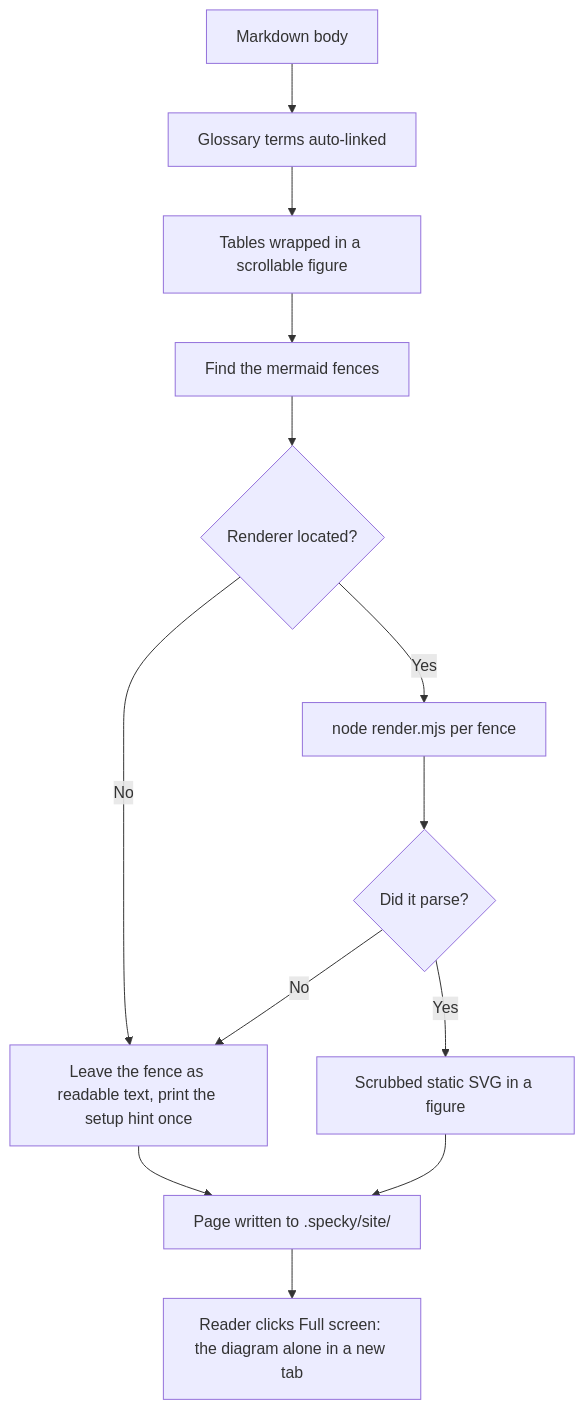
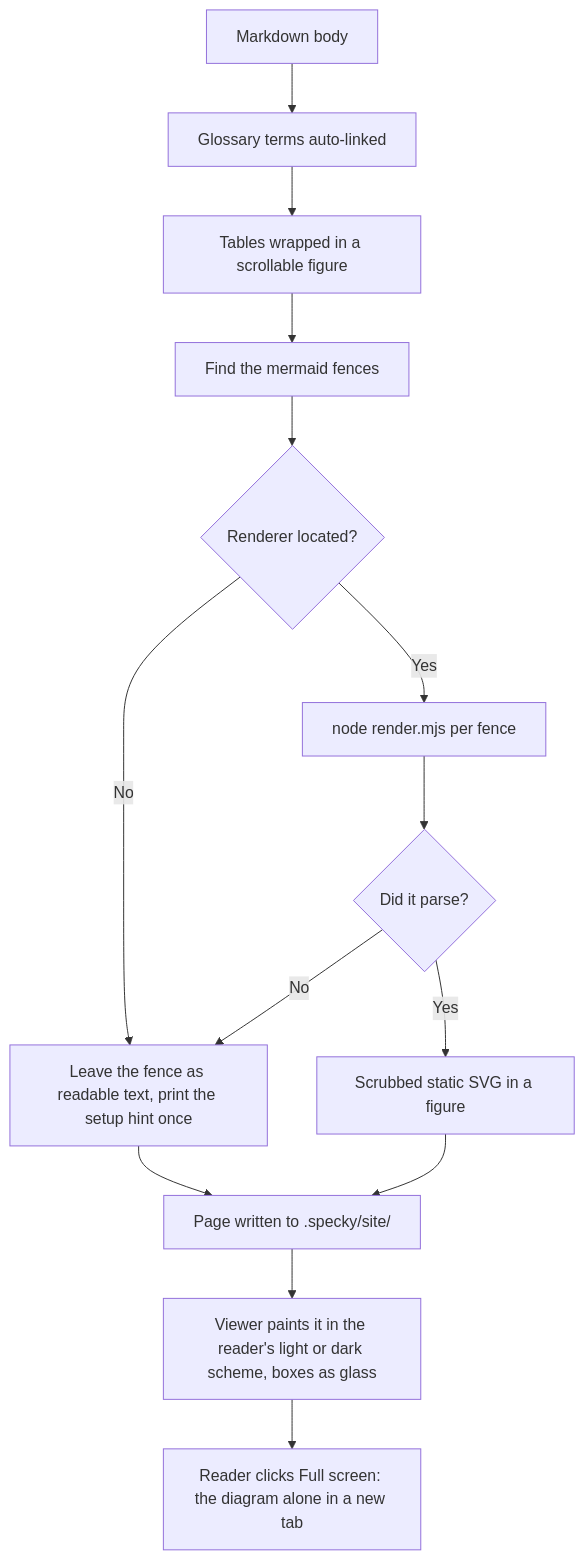
The diagram in specs/rendering/diagram-support.md (danyyacoub/specky), drawn with Mermaid before and after one commit. The commit also changed other lines of this file and 14 other files, not shown here.

First line of the commit message:
feat(rendering): draw diagrams as glass in the reader's light or dark scheme

````diff
--- a/specs/rendering/diagram-support.md
+++ b/specs/rendering/diagram-support.md
@@ -22,15 +23,16 @@
 ```mermaid
 flowchart TD
     A[Markdown body] --> B[Glossary terms auto-linked]
     B --> C[Tables wrapped in a scrollable figure]
     C --> D[Find the mermaid fences]
     D --> E{Renderer located?}
     E -->|No| F[Leave the fence as readable text, print the setup hint once]
     E -->|Yes| G[node render.mjs per fence]
     G --> H{Did it parse?}
     H -->|No| F
     H -->|Yes| I[Scrubbed static SVG in a figure]
     F --> J[Page written to .specky/site/]
     I --> J
-    J --> K[Reader clicks Full screen: the diagram alone in a new tab]
+    J --> T[Viewer paints it in the reader's light or dark scheme, boxes as glass]
+    T --> K[Reader clicks Full screen: the diagram alone in a new tab]
 ```
````
